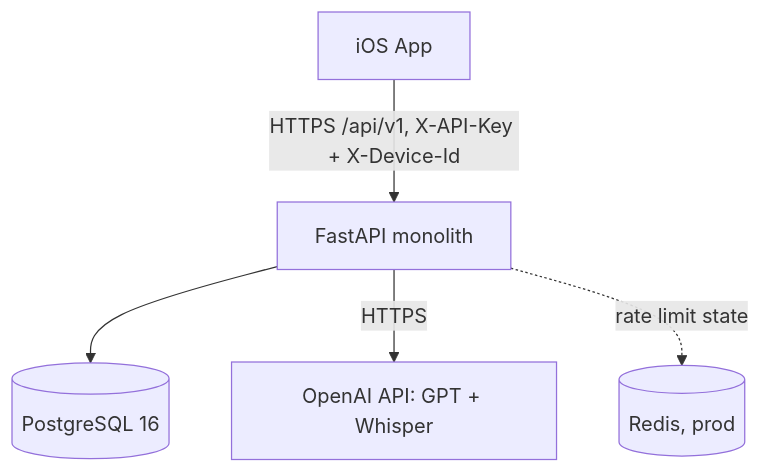
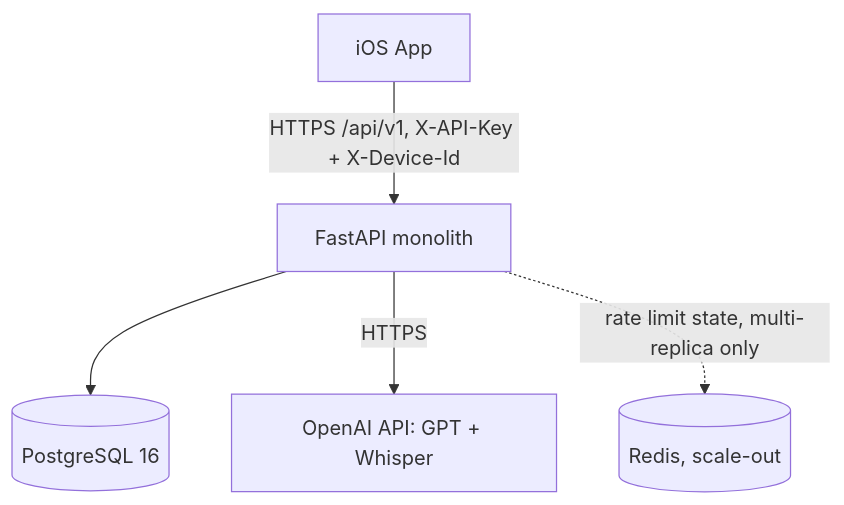
One commit to eliseiv/mood-tracker changed the first of 3 diagrams in docs/01-architecture.md. Above: the diagram before and after it, drawn with Mermaid. The commit also changed other lines of this file and 5 other files, not shown here.

First line of the commit message:
docs: architect reconciliations across architecture/stack/security/deployment

````diff
--- a/docs/01-architecture.md
+++ b/docs/01-architecture.md
@@ -7,7 +7,7 @@
 ```mermaid
 graph TD
   iOS[iOS App] -->|HTTPS /api/v1, X-API-Key + X-Device-Id| API[FastAPI monolith]
   API --> DB[(PostgreSQL 16)]
   API -->|HTTPS| OAI[OpenAI API: GPT + Whisper]
-  API -.->|rate limit state| Redis[(Redis, prod)]
+  API -.->|rate limit state, multi-replica only| Redis[(Redis, scale-out)]
 ```
````
